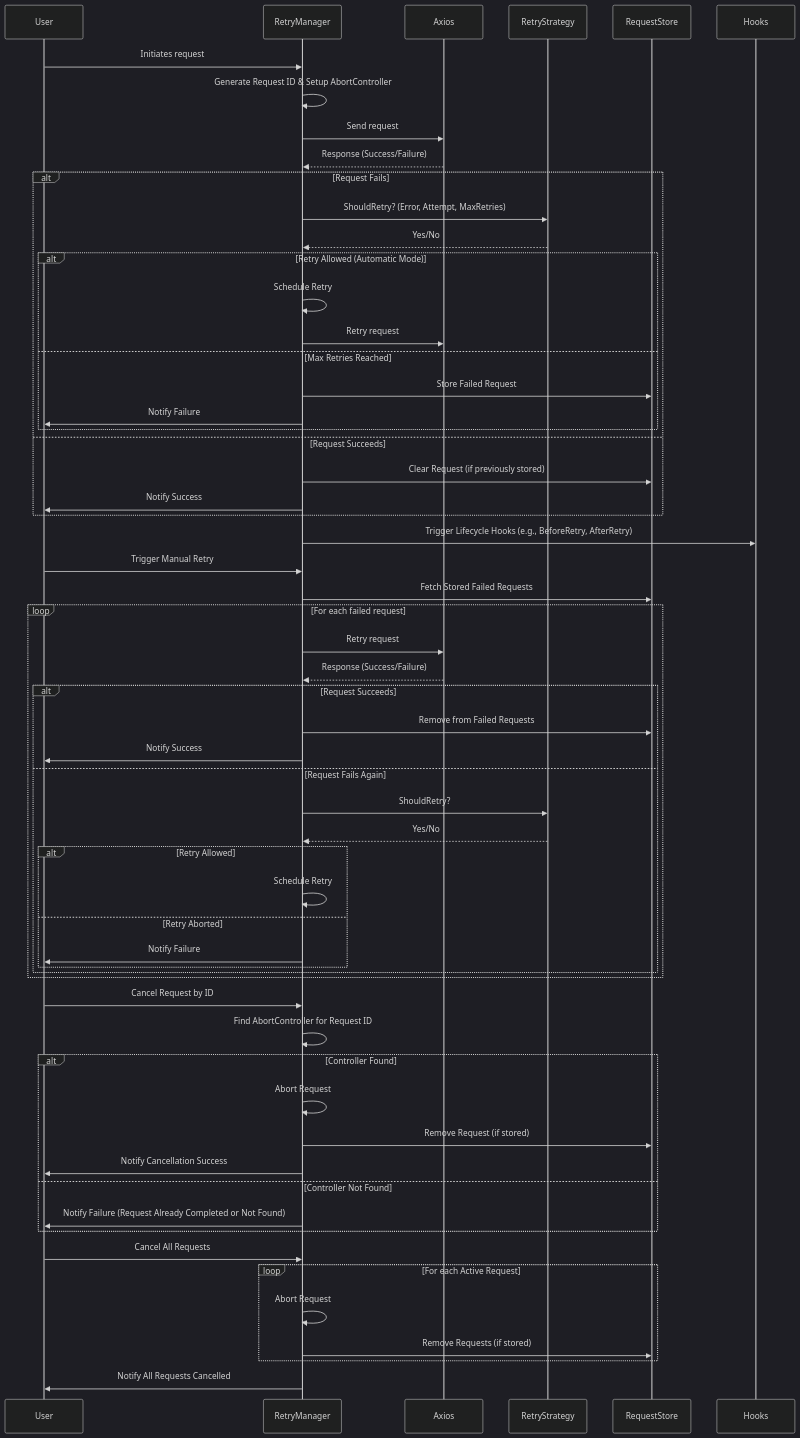
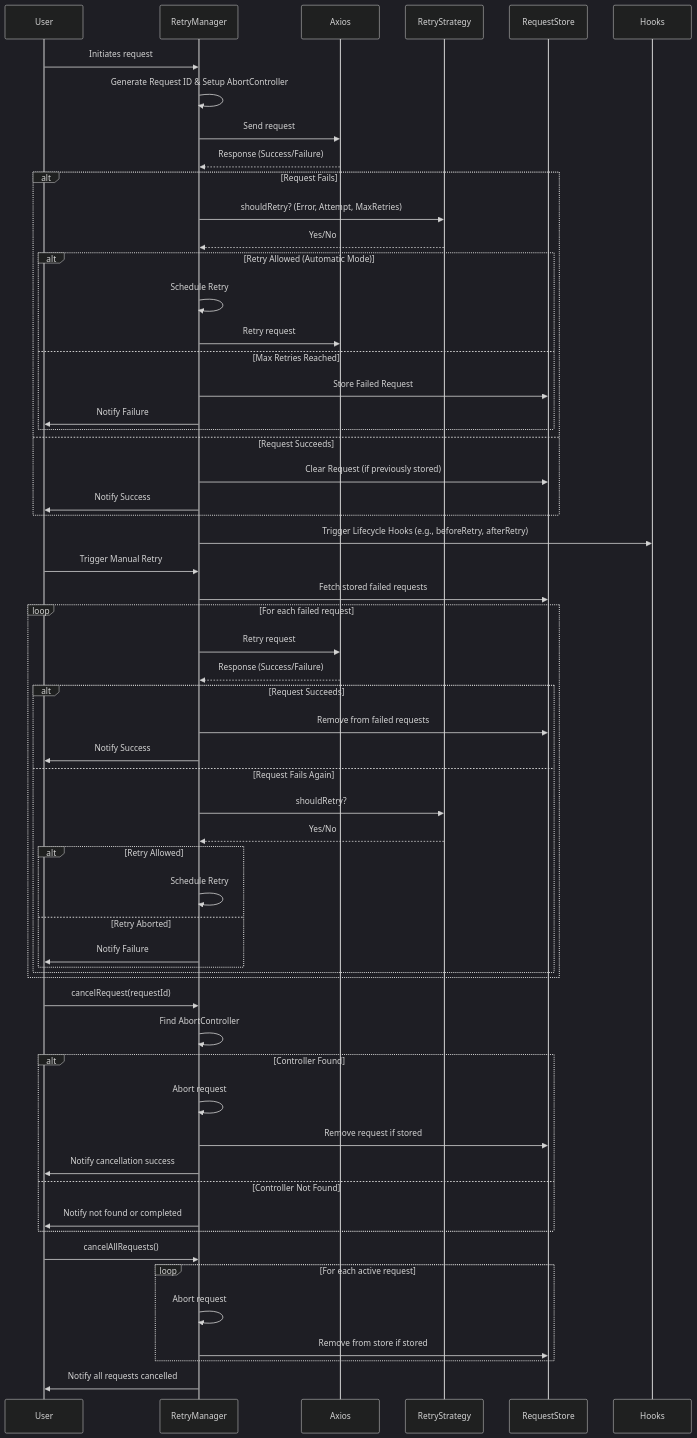
Before and after one commit to sampleXbro/axios-retryer: the diagram in README.md, drawn with Mermaid (dark theme). The commit also changed other lines of this file and 15 other files, not shown here.

````diff
--- a/README.md
+++ b/README.md
@@ -63,67 +70,68 @@
 ```mermaid
 sequenceDiagram
     participant User
     participant RetryManager
     participant Axios
     participant RetryStrategy
     participant RequestStore
 
     User->>RetryManager: Initiates request
     RetryManager->>RetryManager: Generate Request ID & Setup AbortController
     RetryManager->>Axios: Send request
     Axios-->>RetryManager: Response (Success/Failure)
+
     alt Request Fails
-        RetryManager->>RetryStrategy: ShouldRetry? (Error, Attempt, MaxRetries)
+        RetryManager->>RetryStrategy: shouldRetry? (Error, Attempt, MaxRetries)
         RetryStrategy-->>RetryManager: Yes/No
         alt Retry Allowed (Automatic Mode)
             RetryManager->>RetryManager: Schedule Retry
             RetryManager->>Axios: Retry request
         else Max Retries Reached
             RetryManager->>RequestStore: Store Failed Request
             RetryManager->>User: Notify Failure
         end
     else Request Succeeds
         RetryManager->>RequestStore: Clear Request (if previously stored)
         RetryManager->>User: Notify Success
     end
-    RetryManager->>Hooks: Trigger Lifecycle Hooks (e.g., BeforeRetry, AfterRetry)
+    RetryManager->>Hooks: Trigger Lifecycle Hooks (e.g., beforeRetry, afterRetry)
 
     %% Manual Retry Logic
     User->>RetryManager: Trigger Manual Retry
-    RetryManager->>RequestStore: Fetch Stored Failed Requests
+    RetryManager->>RequestStore: Fetch stored failed requests
     loop For each failed request
         RetryManager->>Axios: Retry request
         Axios-->>RetryManager: Response (Success/Failure)
         alt Request Succeeds
-            RetryManager->>RequestStore: Remove from Failed Requests
+            RetryManager->>RequestStore: Remove from failed requests
             RetryManager->>User: Notify Success
         else Request Fails Again
-            RetryManager->>RetryStrategy: ShouldRetry?
+            RetryManager->>RetryStrategy: shouldRetry?
             RetryStrategy-->>RetryManager: Yes/No
             alt Retry Allowed
                 RetryManager->>RetryManager: Schedule Retry
             else Retry Aborted
                 RetryManager->>User: Notify Failure
             end
         end
     end
 
     %% Cancellation Logic
-    User->>RetryManager: Cancel Request by ID
-    RetryManager->>RetryManager: Find AbortController for Request ID
+    User->>RetryManager: cancelRequest(requestId)
+    RetryManager->>RetryManager: Find AbortController
     alt Controller Found
-        RetryManager->>RetryManager: Abort Request
-        RetryManager->>RequestStore: Remove Request (if stored)
-        RetryManager->>User: Notify Cancellation Success
+        RetryManager->>RetryManager: Abort request
+        RetryManager->>RequestStore: Remove request if stored
+        RetryManager->>User: Notify cancellation success
     else Controller Not Found
-        RetryManager->>User: Notify Failure (Request Already Completed or Not Found)
+        RetryManager->>User: Notify not found or completed
     end
 
     %% Cancel All Requests
-    User->>RetryManager: Cancel All Requests
-    loop For each Active Request
-        RetryManager->>RetryManager: Abort Request
-        RetryManager->>RequestStore: Remove Requests (if stored)
+    User->>RetryManager: cancelAllRequests()
+    loop For each active request
+        RetryManager->>RetryManager: Abort request
+        RetryManager->>RequestStore: Remove from store if stored
     end
-    RetryManager->>User: Notify All Requests Cancelled
+    RetryManager->>User: Notify all requests cancelled
 ```
````
